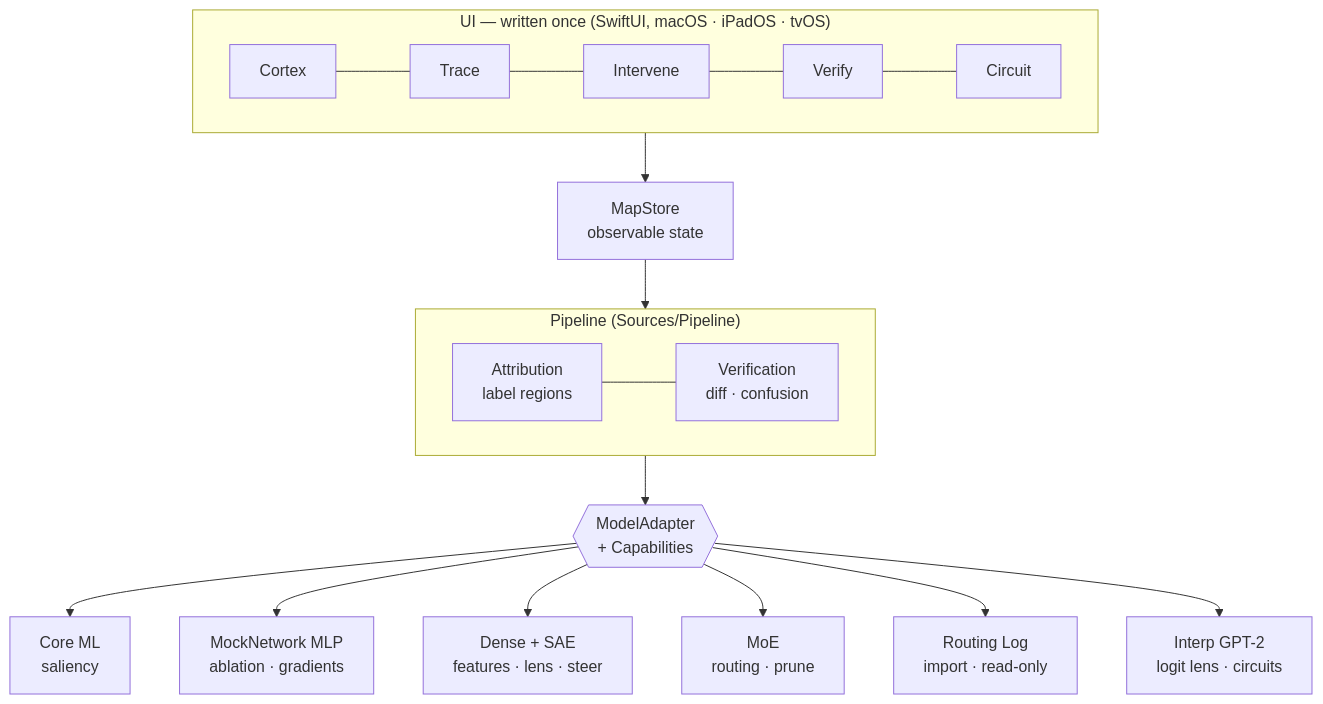
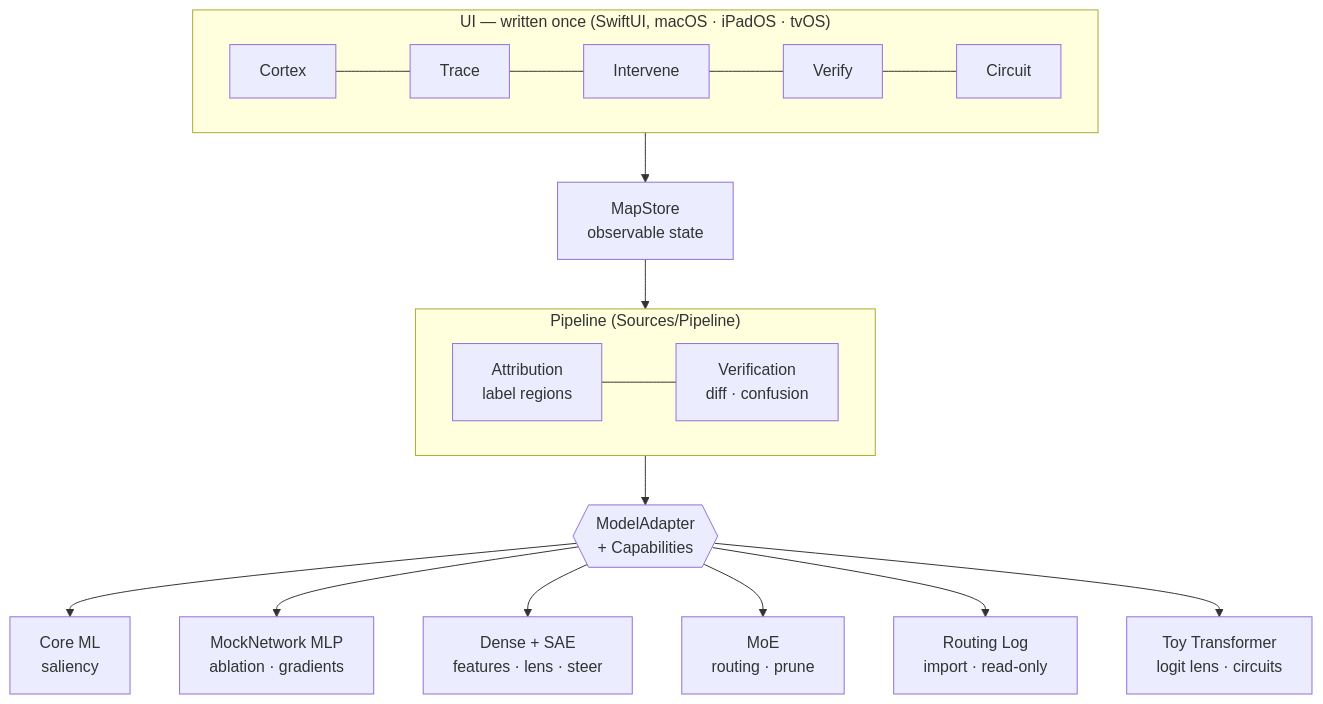
Before and after one commit to american-code/ModelCartography: the diagram in README.md, drawn with Mermaid. The commit also changed other lines of this file and 6 other files, not shown here.

First line of the commit message:
compliance: provenance badge, rename demo-moe + Toy Transformer, fix tvOS

````diff
--- a/README.md
+++ b/README.md
@@ -26,23 +26,23 @@
 ```mermaid
 flowchart TB
     subgraph UI["UI — written once (SwiftUI, macOS · iPadOS · tvOS)"]
         direction LR
         C[Cortex] --- T[Trace] --- I[Intervene] --- V[Verify] --- CI[Circuit]
     end
     UI --> STORE["MapStore<br/>observable state"]
     STORE --> PIPE
 
     subgraph PIPE["Pipeline (Sources/Pipeline)"]
         direction LR
         AT["Attribution<br/>label regions"] --- VE["Verification<br/>diff · confusion"]
     end
 
     PIPE --> IFACE{{"ModelAdapter<br/>+ Capabilities"}}
 
     IFACE --> A1["Core ML<br/>saliency"]
     IFACE --> A2["MockNetwork MLP<br/>ablation · gradients"]
     IFACE --> A3["Dense + SAE<br/>features · lens · steer"]
     IFACE --> A4["MoE<br/>routing · prune"]
     IFACE --> A5["Routing Log<br/>import · read-only"]
-    IFACE --> A6["Interp GPT-2<br/>logit lens · circuits"]
+    IFACE --> A6["Toy Transformer<br/>logit lens · circuits"]
 ```
````
